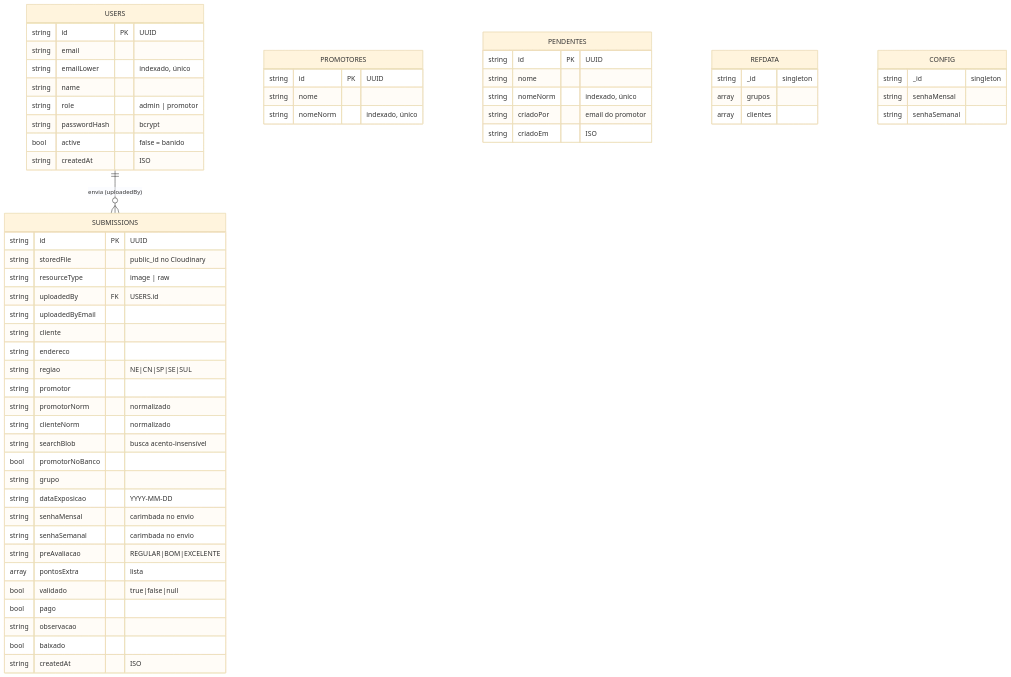
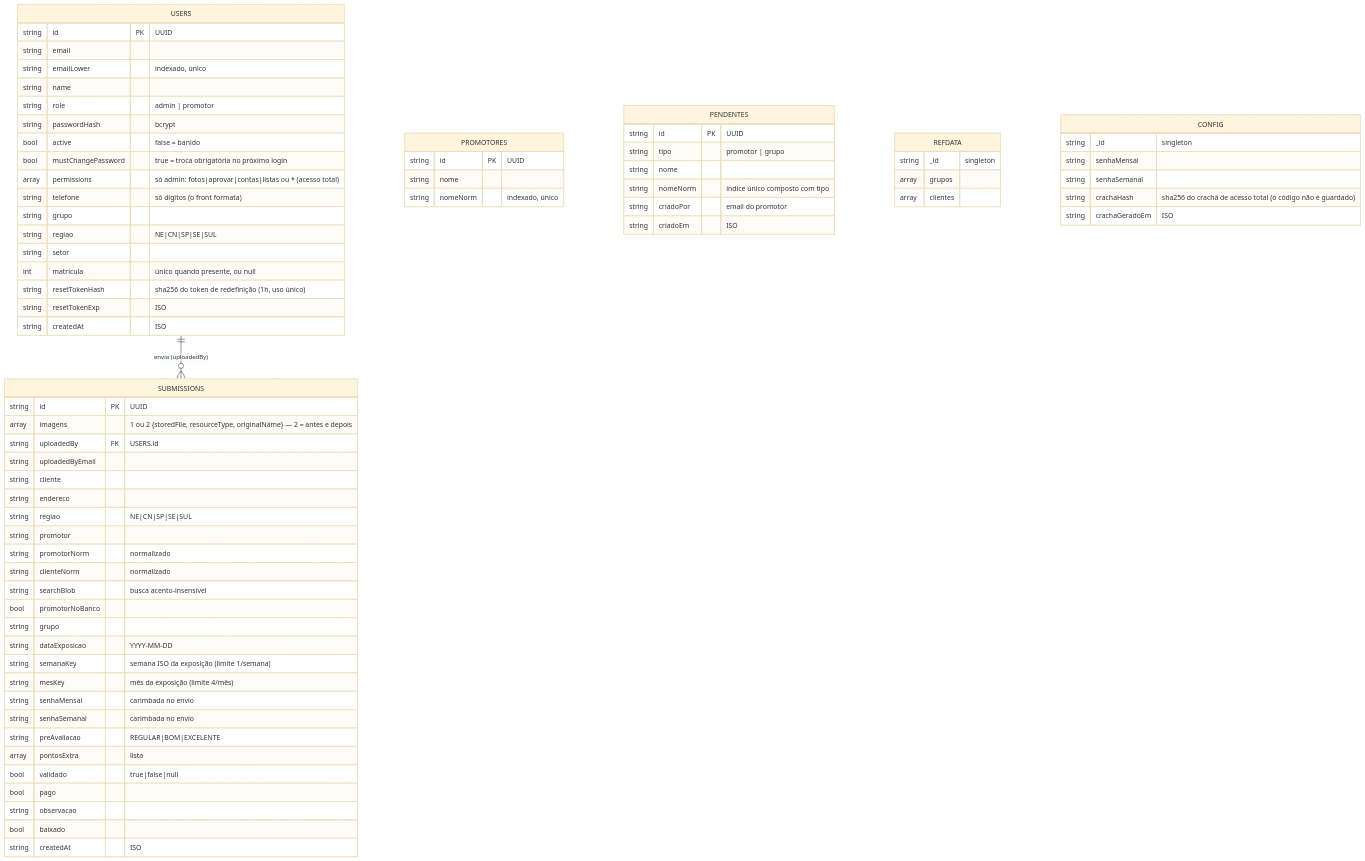
The diagram in docs/02-modelo-de-dados.md (Vaniteux2006/pdv_memphis), drawn with Mermaid (base theme) before and after one commit. The commit also changed other lines of this file and 10 other files, not shown here.

````diff
--- a/docs/02-modelo-de-dados.md
+++ b/docs/02-modelo-de-dados.md
@@ -9,68 +9,81 @@
 ```mermaid
 erDiagram
   USERS ||--o{ SUBMISSIONS : "envia (uploadedBy)"
 
   USERS {
     string id PK "UUID"
     string email
     string emailLower "indexado, único"
     string name
     string role "admin | promotor"
     string passwordHash "bcrypt"
     bool   active "false = banido"
+    bool   mustChangePassword "true = troca obrigatória no próximo login"
+    array  permissions "só admin: fotos|aprovar|contas|listas ou * (acesso total)"
+    string telefone "só dígitos (o front formata)"
+    string grupo
+    string regiao "NE|CN|SP|SE|SUL"
+    string setor
+    int    matricula "único quando presente, ou null"
+    string resetTokenHash "sha256 do token de redefinição (1h, uso único)"
+    string resetTokenExp "ISO"
     string createdAt "ISO"
   }
 
   SUBMISSIONS {
     string id PK "UUID"
-    string storedFile "public_id no Cloudinary"
-    string resourceType "image | raw"
+    array  imagens "1 ou 2 {storedFile, resourceType, originalName} — 2 = antes e depois"
     string uploadedBy FK "USERS.id"
     string uploadedByEmail
     string cliente
     string endereco
     string regiao "NE|CN|SP|SE|SUL"
     string promotor
     string promotorNorm "normalizado"
     string clienteNorm "normalizado"
     string searchBlob "busca acento-insensível"
     bool   promotorNoBanco
     string grupo
     string dataExposicao "YYYY-MM-DD"
+    string semanaKey "semana ISO da exposição (limite 1/semana)"
+    string mesKey "mês da exposição (limite 4/mês)"
     string senhaMensal "carimbada no envio"
     string senhaSemanal "carimbada no envio"
     string preAvaliacao "REGULAR|BOM|EXCELENTE"
     array  pontosExtra "lista"
     bool   validado "true|false|null"
     bool   pago
     string observacao
     bool   baixado
     string createdAt "ISO"
   }
 
   PROMOTORES {
     string id PK "UUID"
     string nome
     string nomeNorm "indexado, único"
   }
 
   PENDENTES {
     string id PK "UUID"
+    string tipo "promotor | grupo"
     string nome
-    string nomeNorm "indexado, único"
+    string nomeNorm "índice único composto com tipo"
     string criadoPor "email do promotor"
     string criadoEm "ISO"
   }
 
   REFDATA {
     string _id "singleton"
     array  grupos
     array  clientes
   }
 
   CONFIG {
     string _id "singleton"
     string senhaMensal
     string senhaSemanal
+    string crachaHash "sha256 do crachá de acesso total (o código não é guardado)"
+    string crachaGeradoEm "ISO"
   }
 ```
````
